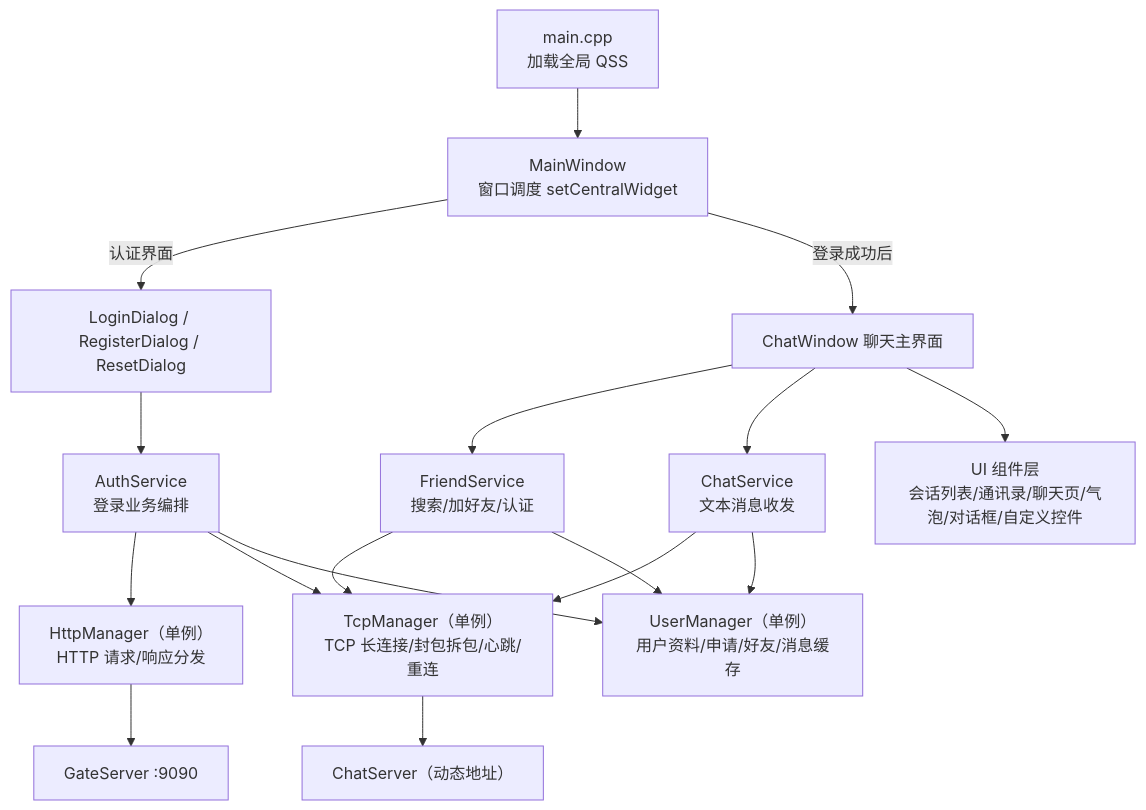
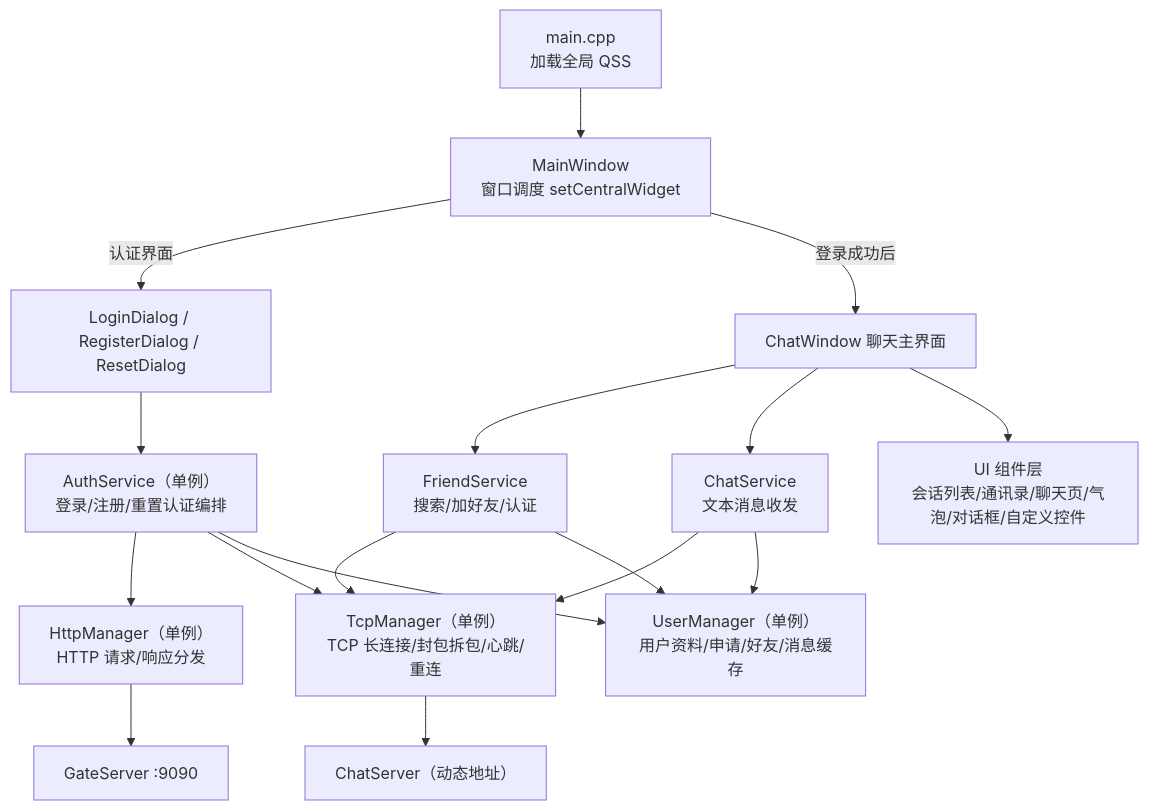
Before and after one commit to codeT2001/MyChat: the first of 10 diagrams in Client/README.md, drawn with Mermaid. The commit also changed other lines of this file and 15 other files, not shown here.

````diff
--- a/Client/README.md
+++ b/Client/README.md
@@ -41,25 +41,25 @@
 ```mermaid
 graph TB
     Main["main.cpp<br/>加载全局 QSS"] --> MW["MainWindow<br/>窗口调度 setCentralWidget"]
 
     MW -->|"认证界面"| Dialogs["LoginDialog / RegisterDialog / ResetDialog"]
     MW -->|"登录成功后"| CW["ChatWindow 聊天主界面"]
 
-    Dialogs --> Auth["AuthService<br/>登录业务编排"]
+    Dialogs --> Auth["AuthService（单例）<br/>登录/注册/重置认证编排"]
     Auth --> Http["HttpManager（单例）<br/>HTTP 请求/响应分发"]
     Auth --> Tcp["TcpManager（单例）<br/>TCP 长连接/封包拆包/心跳/重连"]
 
     CW --> FS["FriendService<br/>搜索/加好友/认证"]
     CW --> CS["ChatService<br/>文本消息收发"]
     FS --> Tcp
     CS --> Tcp
 
     Http --> Gate["GateServer :9090"]
     Tcp --> ChatSrv["ChatServer（动态地址）"]
 
     FS --> UM["UserManager（单例）<br/>用户资料/申请/好友/消息缓存"]
     CS --> UM
     Auth --> UM
 
     CW --> UI["UI 组件层<br/>会话列表/通讯录/聊天页/气泡/对话框/自定义控件"]
 ```
````
